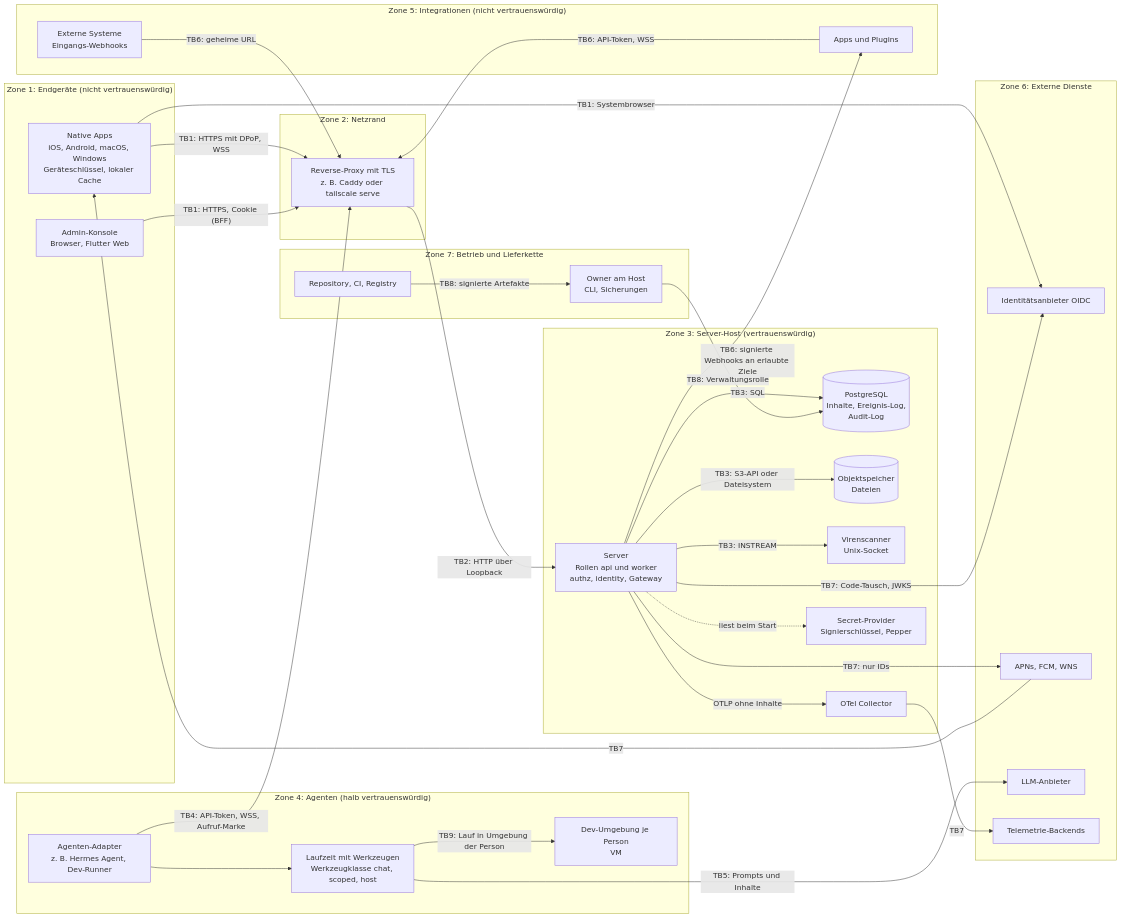
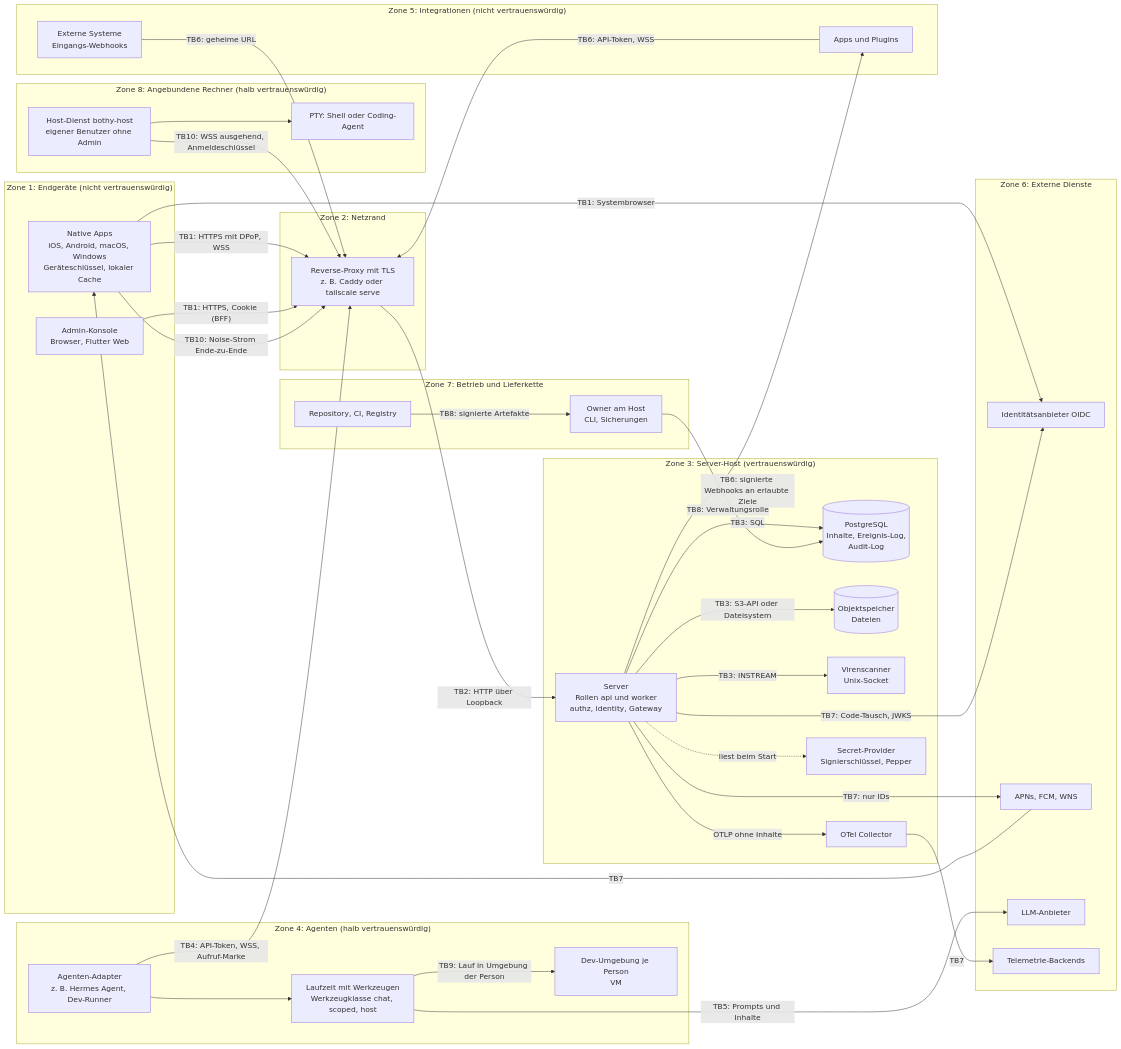
The diagram in docs/security/diagrams/trust-boundaries.mmd (mguttmann/bothy), drawn with Mermaid before and after one commit. The commit also changed 19 other files, not shown here.

First line of the commit message:
docs(spec): Terminal als Kernfunktion mit Host-Dienst und Invariante I6

```diff
--- a/docs/security/diagrams/trust-boundaries.mmd
+++ b/docs/security/diagrams/trust-boundaries.mmd
@@ -1,66 +1,74 @@
 %% Systemgrenzen-Diagramm zum Bedrohungsmodell (docs/security/threat-model.md)
 %% Rendern: mermaid-cli 11 (siehe docs/security/threat-model.md, Abschnitt 2)
 flowchart LR
     subgraph Z1["Zone 1: Endgeräte (nicht vertrauenswürdig)"]
         APP["Native Apps<br/>iOS, Android, macOS, Windows<br/>Geräteschlüssel, lokaler Cache"]
         CON["Admin-Konsole<br/>Browser, Flutter Web"]
     end
 
     subgraph Z2["Zone 2: Netzrand"]
         PRX["Reverse-Proxy mit TLS<br/>z. B. Caddy oder tailscale serve"]
     end
 
     subgraph Z3["Zone 3: Server-Host (vertrauenswürdig)"]
         SRV["Server<br/>Rollen api und worker<br/>authz, identity, Gateway"]
         DB[("PostgreSQL<br/>Inhalte, Ereignis-Log,<br/>Audit-Log")]
         OBJ[("Objektspeicher<br/>Dateien")]
         AV["Virenscanner<br/>Unix-Socket"]
         OTC["OTel Collector"]
         SP["Secret-Provider<br/>Signierschlüssel, Pepper"]
     end
 
     subgraph Z4["Zone 4: Agenten (halb vertrauenswürdig)"]
         ADP["Agenten-Adapter<br/>z. B. Hermes Agent, Dev-Runner"]
         RT["Laufzeit mit Werkzeugen<br/>Werkzeugklasse chat, scoped, host"]
         DEV["Dev-Umgebung je Person<br/>VM"]
+    end
+
+    subgraph Z8["Zone 8: Angebundene Rechner (halb vertrauenswürdig)"]
+        HOSTD["Host-Dienst bothy-host<br/>eigener Benutzer ohne Admin"]
+        PTY["PTY: Shell oder Coding-Agent"]
     end
 
     subgraph Z5["Zone 5: Integrationen (nicht vertrauenswürdig)"]
         APPS["Apps und Plugins"]
         EXT["Externe Systeme<br/>Eingangs-Webhooks"]
     end
 
     subgraph Z6["Zone 6: Externe Dienste"]
         IDP["Identitätsanbieter OIDC"]
         PUSH["APNs, FCM, WNS"]
         LLM["LLM-Anbieter"]
         TEL["Telemetrie-Backends"]
     end
 
     subgraph Z7["Zone 7: Betrieb und Lieferkette"]
         OPS["Owner am Host<br/>CLI, Sicherungen"]
         CI["Repository, CI, Registry"]
     end
 
     APP -- "TB1: HTTPS mit DPoP, WSS" --> PRX
     CON -- "TB1: HTTPS, Cookie (BFF)" --> PRX
     PRX -- "TB2: HTTP über Loopback" --> SRV
     SRV -- "TB3: SQL" --> DB
     SRV -- "TB3: S3-API oder Dateisystem" --> OBJ
     SRV -- "TB3: INSTREAM" --> AV
     SRV -. "liest beim Start" .-> SP
     SRV -- "OTLP ohne Inhalte" --> OTC
     OTC -- "TB7" --> TEL
     ADP -- "TB4: API-Token, WSS, Aufruf-Marke" --> PRX
     ADP --> RT
     RT -- "TB5: Prompts und Inhalte" --> LLM
     RT -- "TB9: Lauf in Umgebung der Person" --> DEV
     APPS -- "TB6: API-Token, WSS" --> PRX
     SRV -- "TB6: signierte Webhooks an erlaubte Ziele" --> APPS
     EXT -- "TB6: geheime URL" --> PRX
     APP -- "TB1: Systembrowser" --> IDP
     SRV -- "TB7: Code-Tausch, JWKS" --> IDP
     SRV -- "TB7: nur IDs" --> PUSH
     PUSH -- "TB7" --> APP
     OPS -- "TB8: Verwaltungsrolle" --> DB
     CI -- "TB8: signierte Artefakte" --> OPS
+    APP -- "TB10: Noise-Strom Ende-zu-Ende" --> PRX
+    HOSTD -- "TB10: WSS ausgehend, Anmeldeschlüssel" --> PRX
+    HOSTD --> PTY
```
